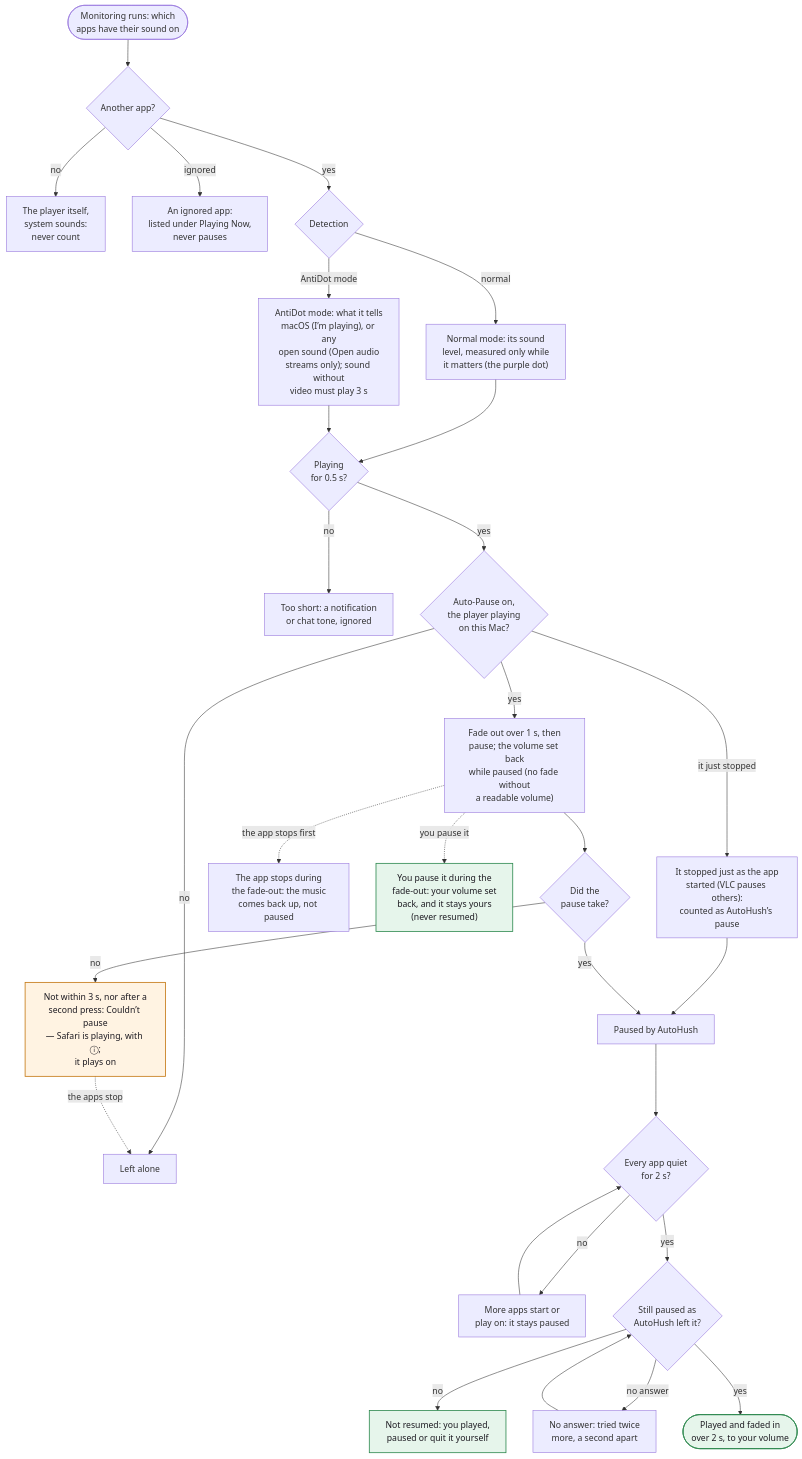
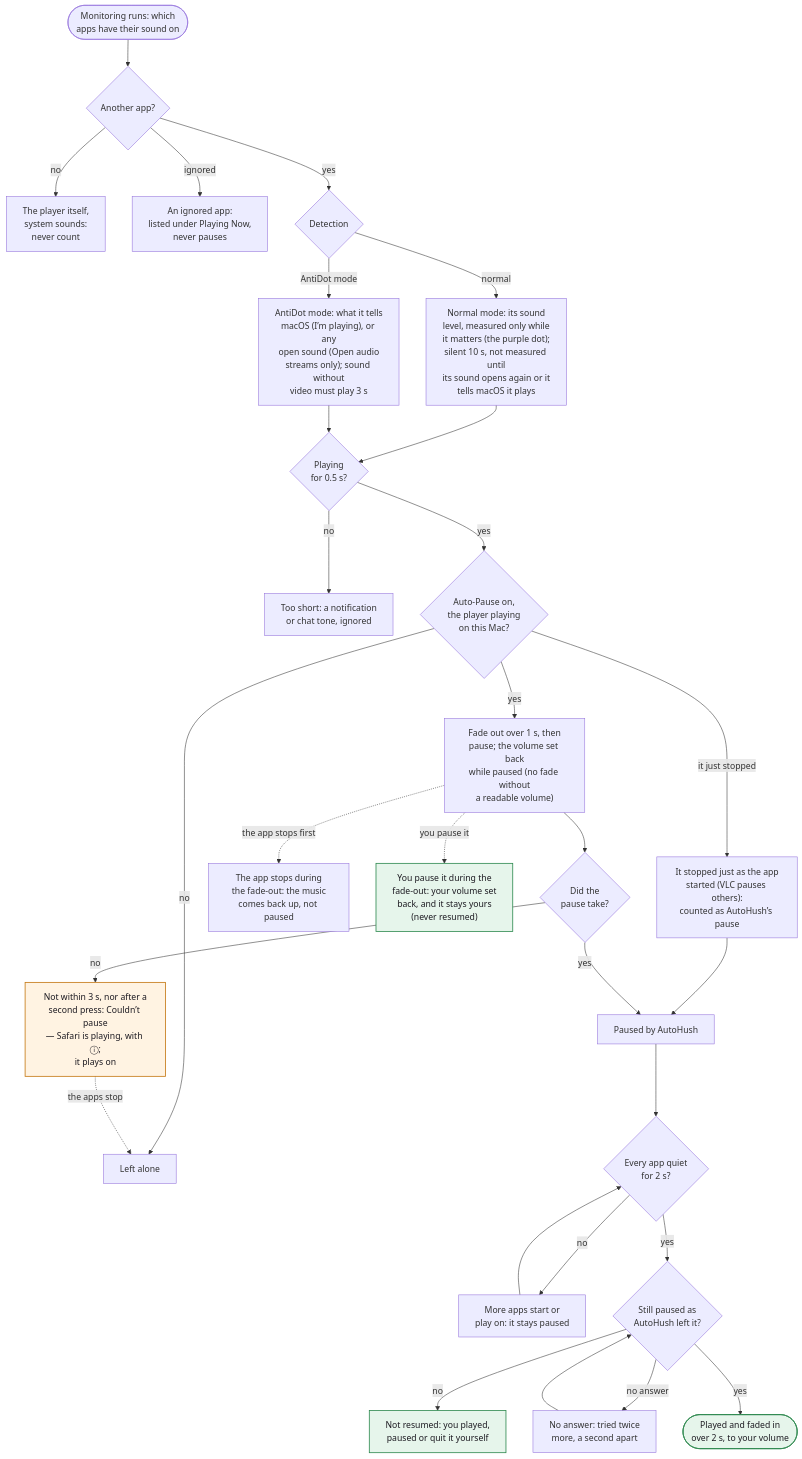
The third of 14 diagrams in WORKFLOWS.md (hfustercabre/AutoHush), drawn with Mermaid before and after one commit. The commit also changed other lines of this file and 26 other files, not shown here.

First line of the commit message:
feat: QuickTime Player as a supported player, the purple dot off for silent apps, and more macOS 14 fixes

````diff
--- a/WORKFLOWS.md
+++ b/WORKFLOWS.md
@@ -136,56 +136,56 @@
 ```mermaid
 flowchart TD
   S(["Monitoring runs: which<br/>apps have their sound on"])
   F{"Another app?"}
   OWN["The player itself,<br/>system sounds:<br/>never count"]
   IGN["An ignored app:<br/>listed under Playing Now,<br/>never pauses"]
   DM{"Detection"}
-  NORM["Normal mode: its sound<br/>level, measured only while<br/>it matters (the purple dot)"]
+  NORM["Normal mode: its sound<br/>level, measured only while<br/>it matters (the purple dot);<br/>silent 10 s, not measured until<br/>its sound opens again or it<br/>tells macOS it plays"]
   ANTI["AntiDot mode: what it tells<br/>macOS (I’m playing), or any<br/>open sound (Open audio<br/>streams only); sound without<br/>video must play 3 s"]
   T{"Playing<br/>for 0.5 s?"}
   TONE["Too short: a notification<br/>or chat tone, ignored"]
   AP{"Auto-Pause on,<br/>the player playing<br/>on this Mac?"}
   LEFT["Left alone"]
   TOOK["It stopped just as the app<br/>started (VLC pauses others):<br/>counted as AutoHush’s pause"]
   FO["Fade out over 1 s, then<br/>pause; the volume set back<br/>while paused (no fade without<br/>a readable volume)"]
   BACK["The app stops during<br/>the fade-out: the music<br/>comes back up, not paused"]
   YOURS["You pause it during the<br/>fade-out: your volume set<br/>back, and it stays yours<br/>(never resumed)"]
   PC{"Did the<br/>pause take?"}
   FAIL["Not within 3 s, nor after a<br/>second press: Couldn’t pause<br/>— Safari is playing, with ⓘ;<br/>it plays on"]
   PA["Paused by AutoHush"]
   Q{"Every app quiet<br/>for 2 s?"}
   MORE["More apps start or<br/>play on: it stays paused"]
   CHK{"Still paused as<br/>AutoHush left it?"}
   USER["Not resumed: you played,<br/>paused or quit it yourself"]
   RETRY["No answer: tried twice<br/>more, a second apart"]
   FI(["Played and faded in<br/>over 2 s, to your volume"])
 
   S --> F
   F -->|"no"| OWN
   F -->|"ignored"| IGN
   F -->|"yes"| DM
   DM -->|"normal"| NORM --> T
   DM -->|"AntiDot mode"| ANTI --> T
   T -->|"no"| TONE
   T -->|"yes"| AP
   AP -->|"no"| LEFT
   AP -->|"it just stopped"| TOOK --> PA
   AP -->|"yes"| FO
   FO -.->|"the app stops first"| BACK
   FO -.->|"you pause it"| YOURS
   FO --> PC
   PC -->|"no"| FAIL
   PC -->|"yes"| PA
   FAIL -.->|"the apps stop"| LEFT
   PA --> Q
   Q -->|"no"| MORE --> Q
   Q -->|"yes"| CHK
   CHK -->|"no"| USER
   CHK -->|"no answer"| RETRY --> CHK
   CHK -->|"yes"| FI
 
   class FAIL warn
   class FI,USER,YOURS done
   classDef warn fill:#fff3e2,stroke:#c47812,stroke-width:1.5px,color:#1d1b22
   classDef done fill:#e6f5eb,stroke:#2f8a50,stroke-width:1.5px,color:#1d1b22
 ```
````
